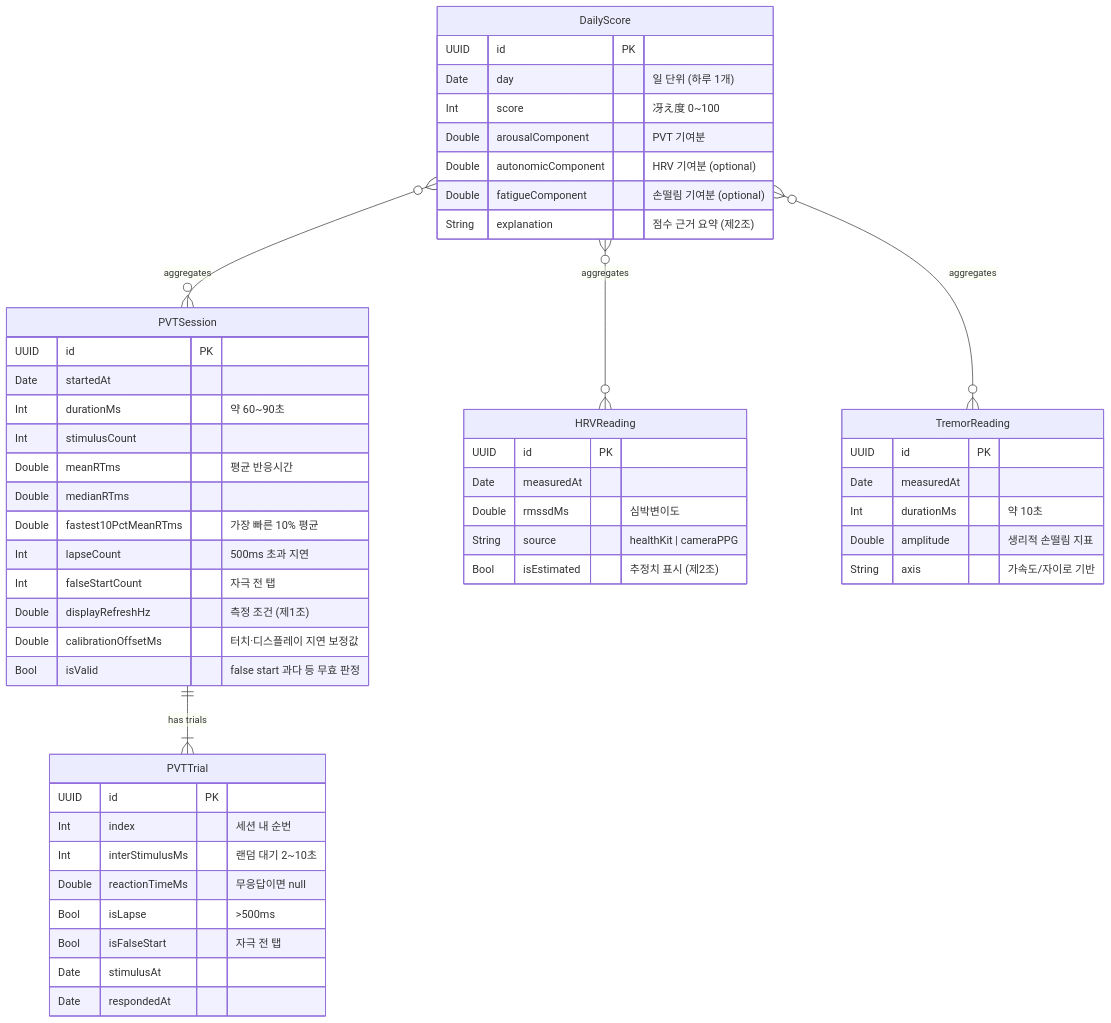
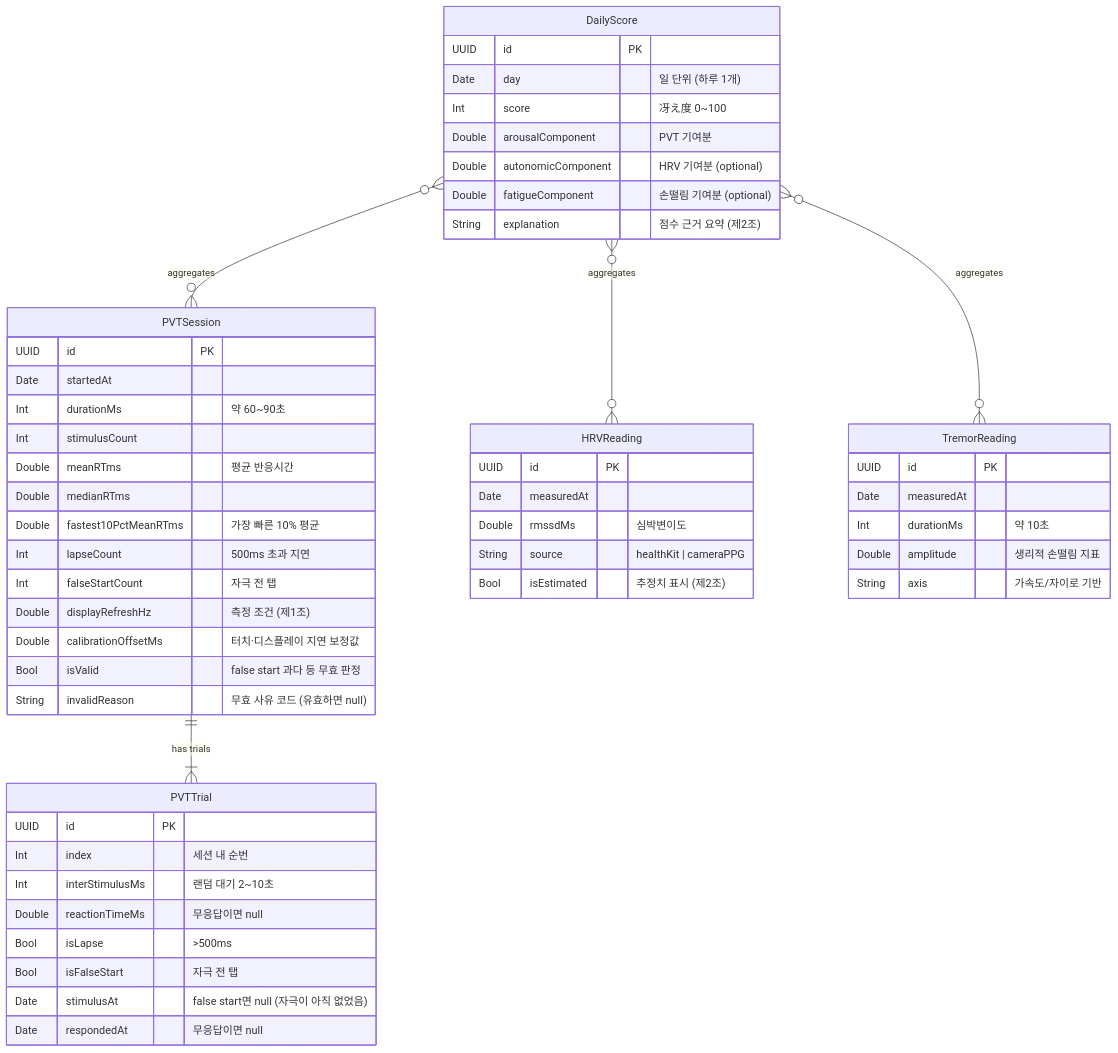
The diagram in docs/data-model.md (2daKaizen-gun/sae), drawn with Mermaid before and after one commit. The commit also changed other lines of this file and 1 other file, not shown here.

First line of the commit message:
docs: correct the README status and record the shipped schema

````diff
--- a/docs/data-model.md
+++ b/docs/data-model.md
@@ -22,59 +22,60 @@
 ```mermaid
 erDiagram
     PVTSession ||--|{ PVTTrial : "has trials"
     DailyScore }o--o{ PVTSession : "aggregates"
     DailyScore }o--o{ HRVReading : "aggregates"
     DailyScore }o--o{ TremorReading : "aggregates"
 
     PVTSession {
         UUID id PK
         Date startedAt
         Int durationMs "약 60~90초"
         Int stimulusCount
         Double meanRTms "평균 반응시간"
         Double medianRTms
         Double fastest10PctMeanRTms "가장 빠른 10% 평균"
         Int lapseCount "500ms 초과 지연"
         Int falseStartCount "자극 전 탭"
         Double displayRefreshHz "측정 조건 (제1조)"
         Double calibrationOffsetMs "터치·디스플레이 지연 보정값"
         Bool isValid "false start 과다 등 무효 판정"
+        String invalidReason "무효 사유 코드 (유효하면 null)"
     }
 
     PVTTrial {
         UUID id PK
         Int index "세션 내 순번"
         Int interStimulusMs "랜덤 대기 2~10초"
         Double reactionTimeMs "무응답이면 null"
         Bool isLapse ">500ms"
         Bool isFalseStart "자극 전 탭"
-        Date stimulusAt
-        Date respondedAt
+        Date stimulusAt "false start면 null (자극이 아직 없었음)"
+        Date respondedAt "무응답이면 null"
     }
 
     HRVReading {
         UUID id PK
         Date measuredAt
         Double rmssdMs "심박변이도"
         String source "healthKit | cameraPPG"
         Bool isEstimated "추정치 표시 (제2조)"
     }
 
     TremorReading {
         UUID id PK
         Date measuredAt
         Int durationMs "약 10초"
         Double amplitude "생리적 손떨림 지표"
         String axis "가속도/자이로 기반"
     }
 
     DailyScore {
         UUID id PK
         Date day "일 단위 (하루 1개)"
         Int score "冴え度 0~100"
         Double arousalComponent "PVT 기여분"
         Double autonomicComponent "HRV 기여분 (optional)"
         Double fatigueComponent "손떨림 기여분 (optional)"
         String explanation "점수 근거 요약 (제2조)"
     }
 ```
````
